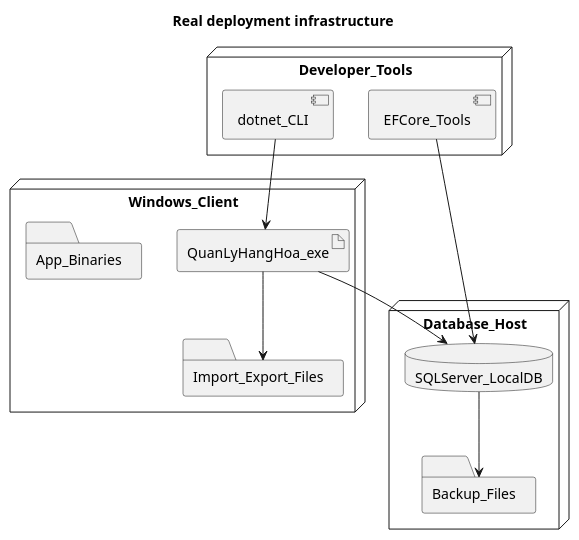
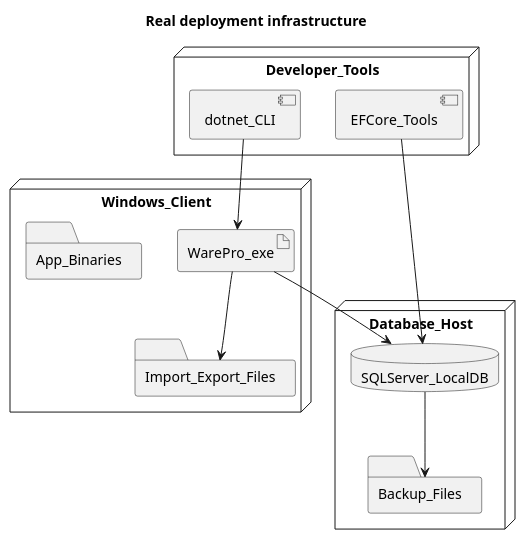
The diagram in Diagram/plantuml/Infrastructure_HaTang.puml (TheGiver262/WarePro), drawn with PlantUML before and after one commit. The commit also changed 30 other files, not shown here.

First line of the commit message:
fix(app): align WarePro identity and startup

```diff
--- a/Diagram/plantuml/Infrastructure_HaTang.puml
+++ b/Diagram/plantuml/Infrastructure_HaTang.puml
@@ -1,21 +1,21 @@
 @startuml Infrastructure_HaTang
 title Real deployment infrastructure
 node Windows_Client {
-  artifact QuanLyHangHoa_exe as App
+  artifact WarePro_exe as App
   folder App_Binaries as Bin
   folder Import_Export_Files as Files
 }
 node Database_Host {
   database SQLServer_LocalDB as Sql
   folder Backup_Files as Backup
 }
 node Developer_Tools {
   [dotnet_CLI] as Dotnet
   [EFCore_Tools] as Ef
 }
 App --> Sql
 App --> Files
 Sql --> Backup
 Dotnet --> App
 Ef --> Sql
 @enduml
```
